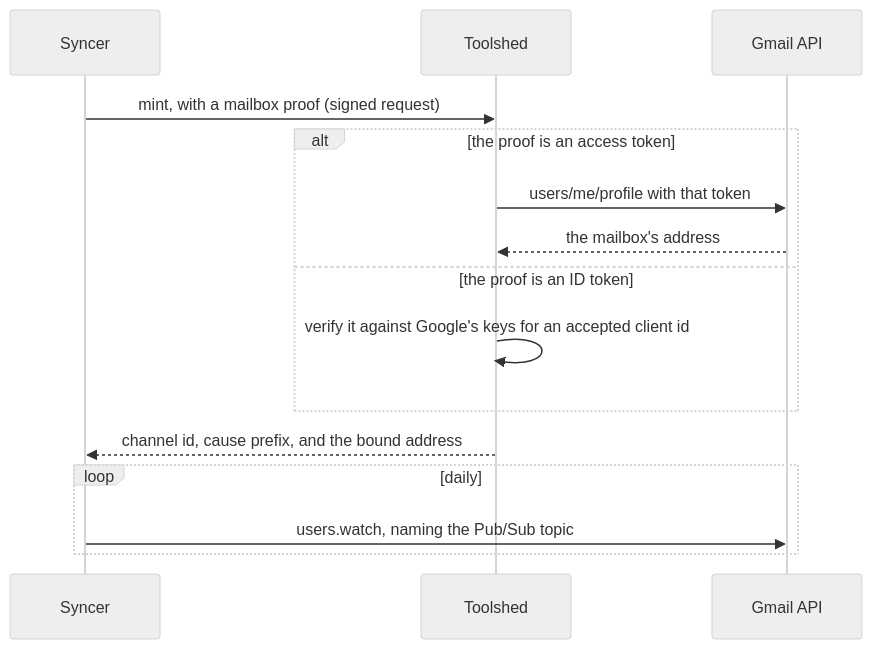
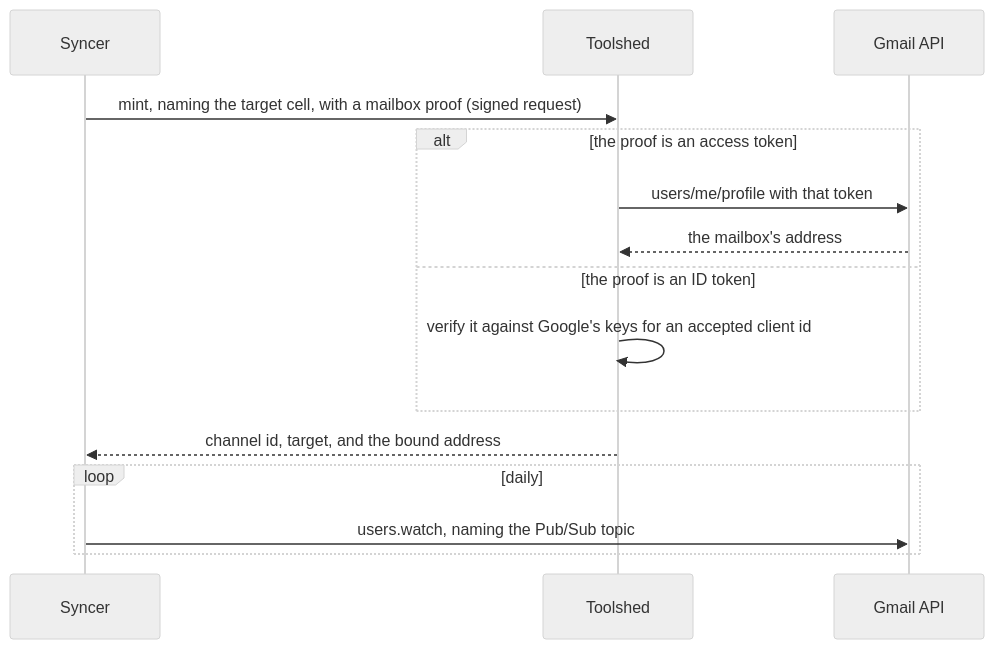
One commit to commonfabric/labs changed the second of 4 diagrams in docs/features/gmail-push-architecture.md. Above: the diagram before and after it, drawn with Mermaid (neutral theme). The commit also changed other lines of this file and 21 other files, not shown here.

````diff
--- a/docs/features/gmail-push-architecture.md
+++ b/docs/features/gmail-push-architecture.md
@@ -87,18 +87,18 @@
 ```mermaid
 sequenceDiagram
     participant S as Syncer
     participant T as Toolshed
     participant G as Gmail API
 
-    S->>T: mint, with a mailbox proof (signed request)
+    S->>T: mint, naming the target cell, with a mailbox proof (signed request)
     alt the proof is an access token
         T->>G: users/me/profile with that token
         G-->>T: the mailbox's address
     else the proof is an ID token
         T->>T: verify it against Google's keys for an accepted client id
     end
-    T-->>S: channel id, cause prefix, and the bound address
+    T-->>S: channel id, target, and the bound address
     loop daily
         S->>G: users.watch, naming the Pub/Sub topic
     end
 ```
````
